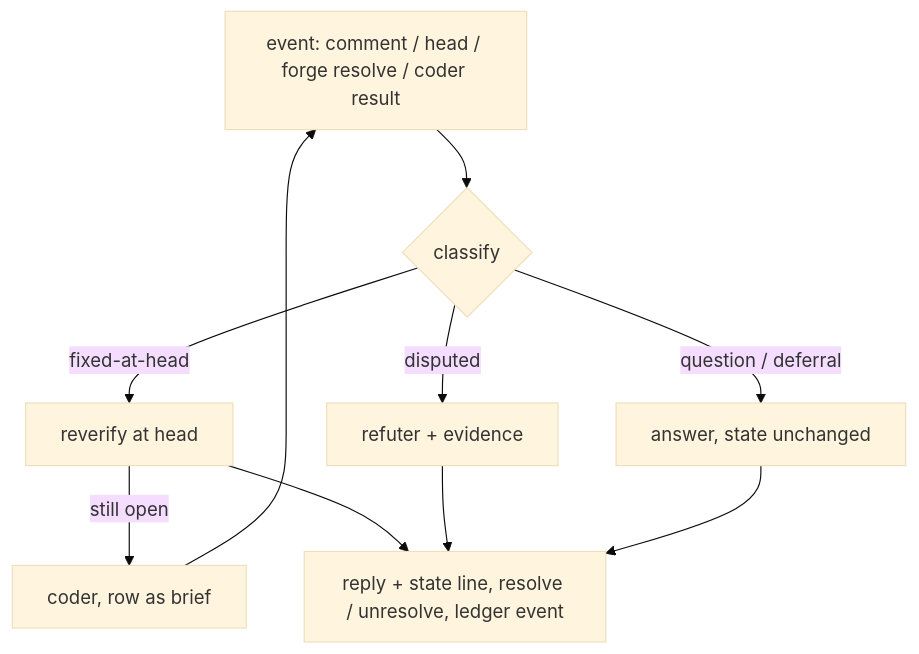
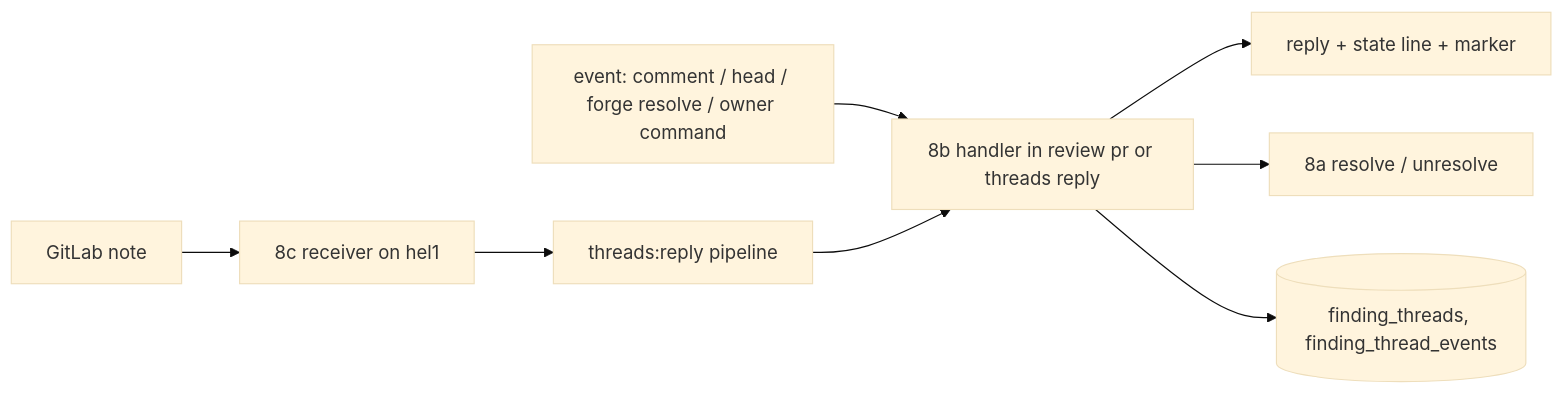
One commit to repoachhq/repoach changed the diagram in docs/specs/2026-10-26_SP-PR-THREADS-REMEMBER-AND-CLOSE_one-finding-one-thread-closed-by-its-role.md. Above: the diagram before and after it, drawn with Mermaid (base theme). The commit also changed other lines of this file, not shown here.

First line of the commit message:
docs(specs): make the threads spec a composite under approved rules

````diff
--- a/docs/specs/2026-10-26_SP-PR-THREADS-REMEMBER-AND-CLOSE_one-finding-one-thread-closed-by-its-role.md
+++ b/docs/specs/2026-10-26_SP-PR-THREADS-REMEMBER-AND-CLOSE_one-finding-one-thread-closed-by-its-role.md
@@ -708,10 +322,8 @@
 ```mermaid
-flowchart TD
-    E[event: comment / head / forge resolve / coder result] --> C{classify}
-    C -->|fixed-at-head| R[reverify at head]
-    C -->|disputed| J[refuter + evidence]
-    C -->|question / deferral| A[answer, state unchanged]
-    R -->|still open| K[coder, row as brief]
-    K --> E
-    R & J & A --> S[reply + state line, resolve / unresolve, ledger event]
+flowchart LR
+    E[event: comment / head / forge resolve / owner command] --> H[8b handler in review pr or threads reply]
+    H --> R[reply + state line + marker]
+    H --> W[8a resolve / unresolve]
+    H --> L[(finding_threads, finding_thread_events)]
+    N[GitLab note] --> C[8c receiver on hel1] --> P[threads:reply pipeline] --> H
 ```
````
